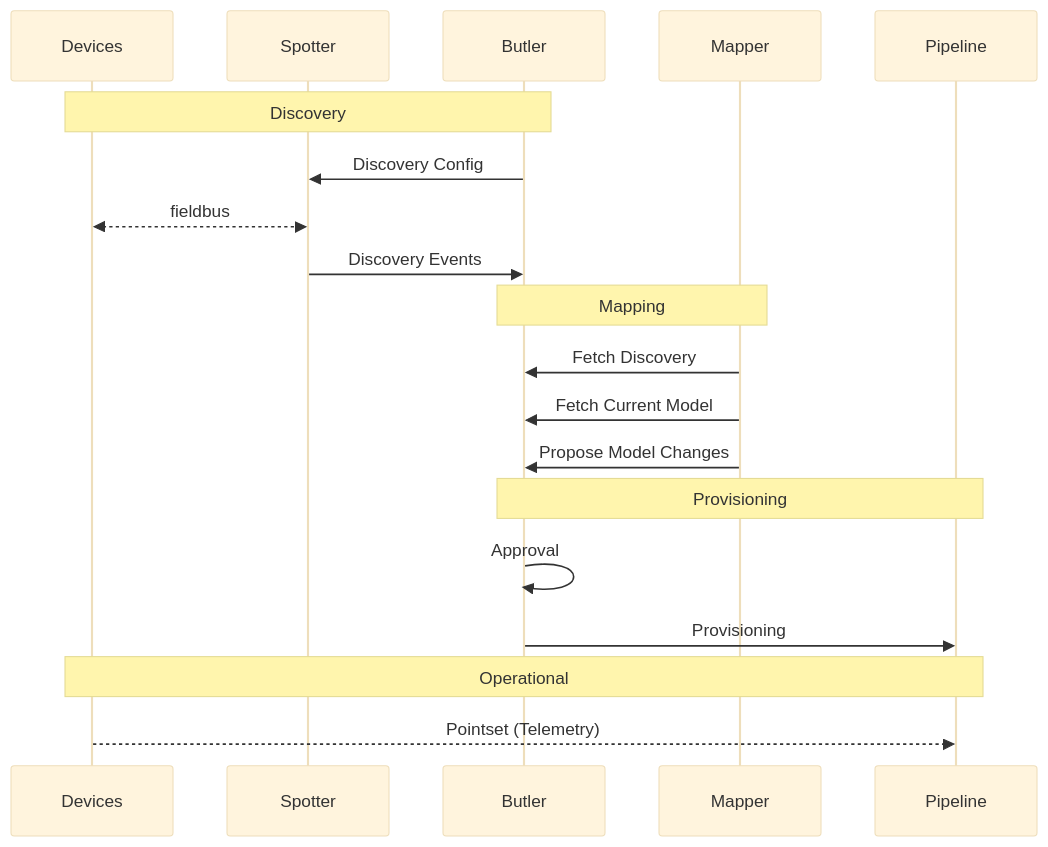
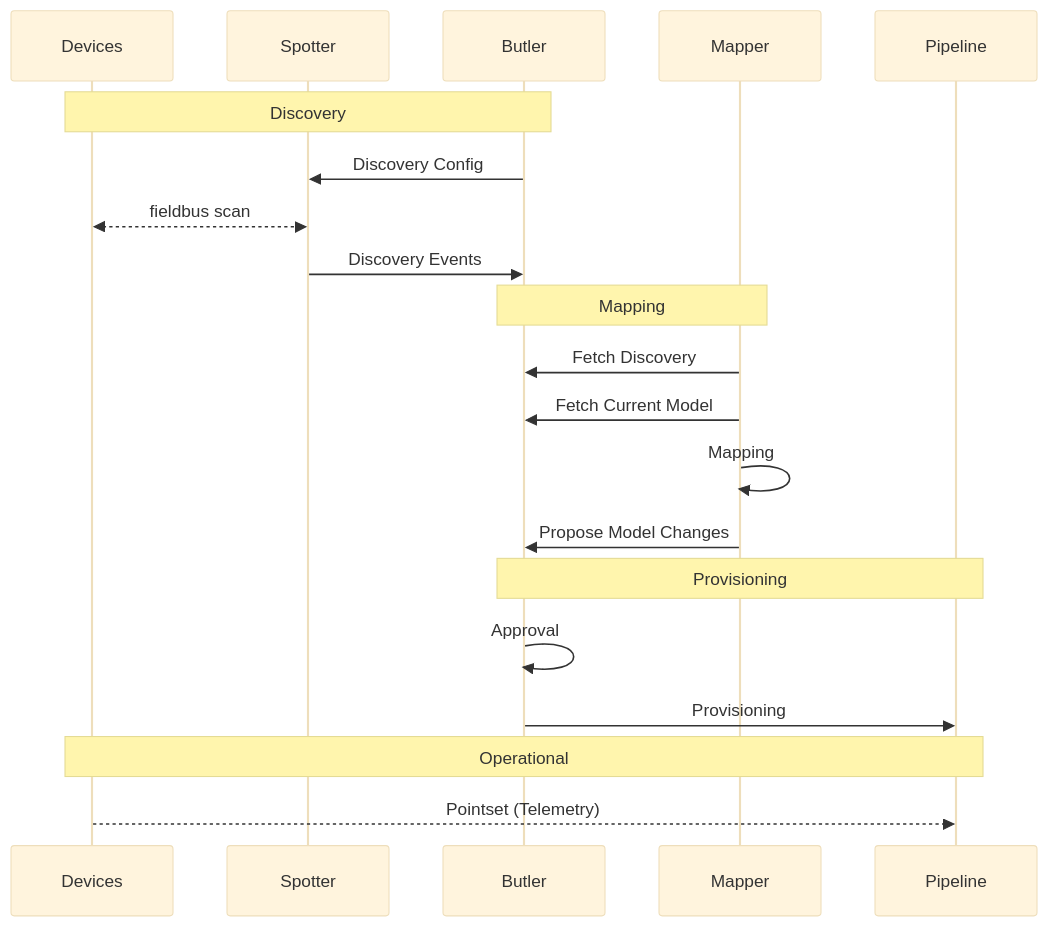
One commit to grafnu/udmi changed the second of 2 diagrams in docs/specs/onboarding.md. Above: the diagram before and after it, drawn with Mermaid (base theme).

Commit message:
Update sequence diagram with mapper internal step and fieldbus scan label

````diff
--- a/docs/specs/onboarding.md
+++ b/docs/specs/onboarding.md
@@ -57,22 +57,23 @@
 ```mermaid
 sequenceDiagram
   %%{wrap}%%
   participant Devices
   participant Spotter
   participant Butler
   participant Mapper
   participant Pipeline
   Note over Devices, Butler: Discovery
   Butler->>Spotter: Discovery Config
-  Devices<<-->>Spotter: fieldbus
+  Devices<<-->>Spotter: fieldbus scan
   Spotter->>Butler: Discovery Events
   Note over Butler, Mapper: Mapping
   Mapper->>Butler: Fetch Discovery
   Mapper->>Butler: Fetch Current Model
+  Mapper->>Mapper: Mapping
   Mapper->>Butler: Propose Model Changes
   Note over Butler, Pipeline: Provisioning
   Butler->>Butler: Approval
   Butler->>Pipeline: Provisioning
   Note over Devices, Pipeline: Operational
   Devices-->>Pipeline: Pointset (Telemetry)
 ```
````
